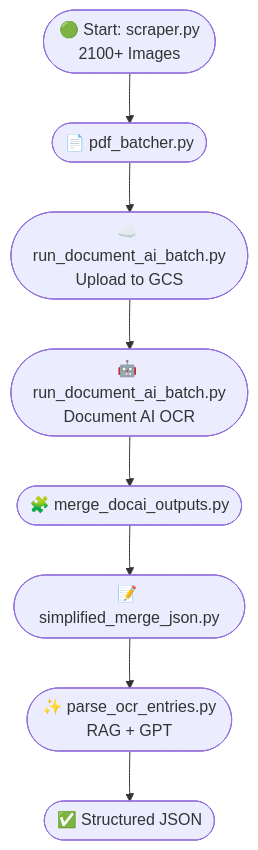
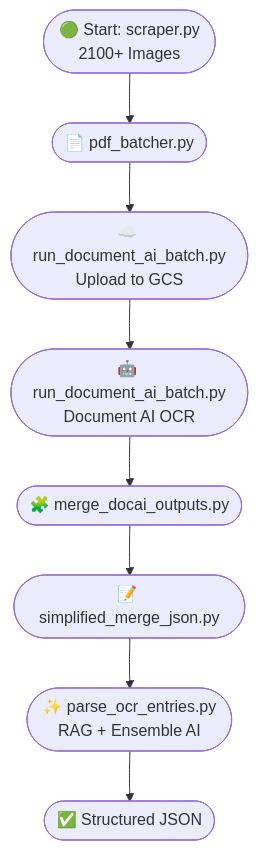
The diagram in README.md (RobinSah/HN_OCR_Workflow), drawn with Mermaid before and after one commit. The commit also changed other lines of this file, not shown here.

````diff
--- a/README.md
+++ b/README.md
@@ -94,14 +111,14 @@
 ```mermaid
 flowchart TD
   A([🟢 Start: scraper.py<br>2100+ Images])
   B([📄 pdf_batcher.py])
   C([☁️ run_document_ai_batch.py<br>Upload to GCS])
   D([🤖 run_document_ai_batch.py<br>Document AI OCR])
   E([🧩 merge_docai_outputs.py])
   F([📝 simplified_merge_json.py])
-  G([✨ parse_ocr_entries.py<br>RAG + GPT])
+  G([✨ parse_ocr_entries.py<br>RAG + Ensemble AI])
   H([✅ Structured JSON])
 
   A --> B --> C --> D --> E --> F --> G --> H
 
 ```
````
